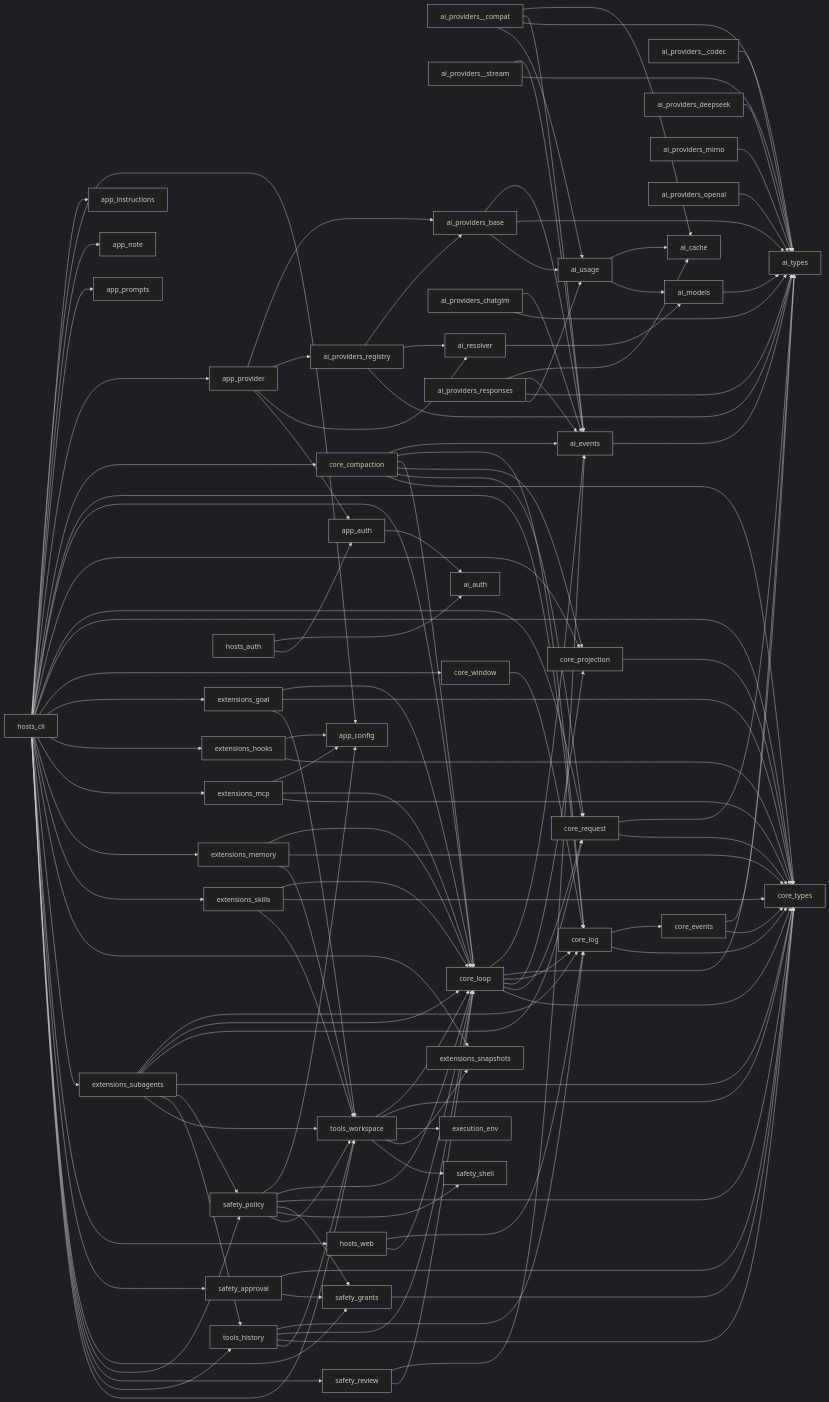
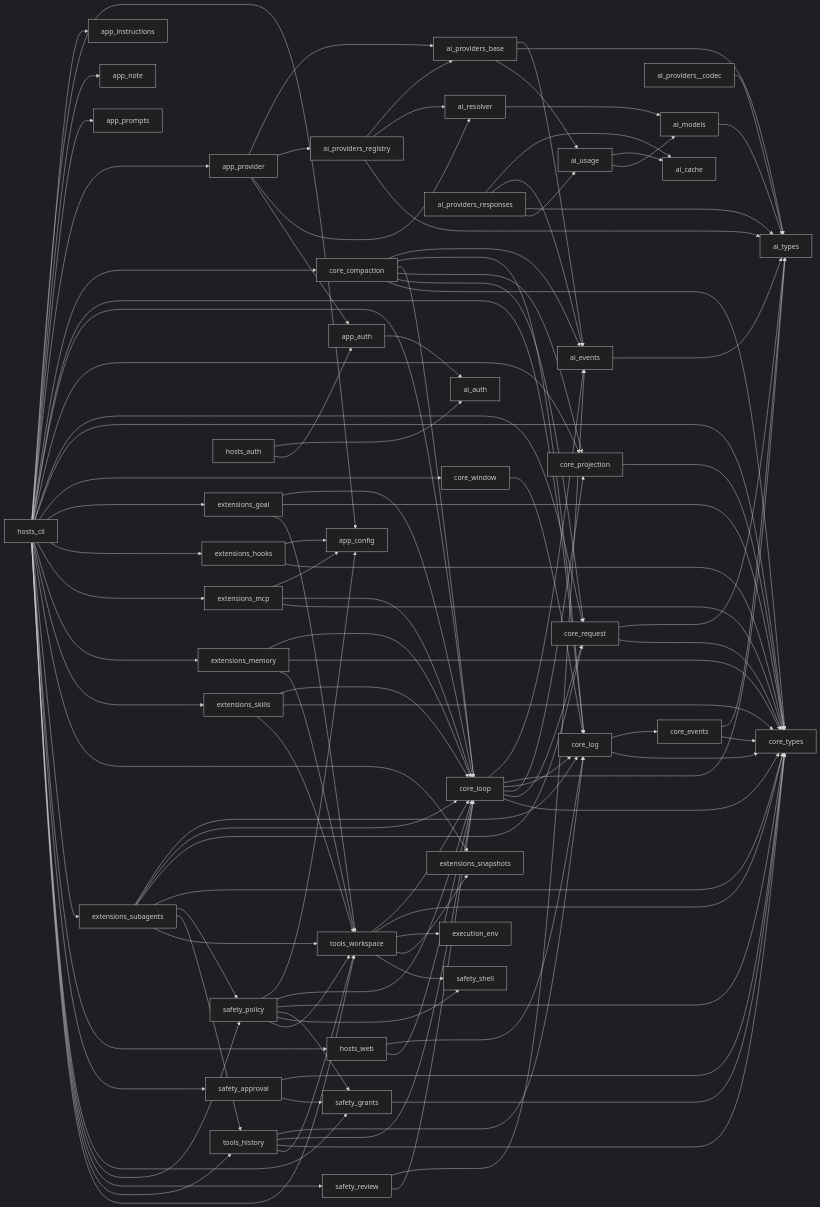
One commit to reddishJade/CadeMini changed the diagram in docs/design/module-graph.md. Above: the diagram before and after it, drawn with Mermaid (dark theme). The commit also changed 42 other files, not shown here.

```diff
--- a/docs/design/module-graph.md
+++ b/docs/design/module-graph.md
@@ -9,20 +9,9 @@
   ai_events --> ai_types
   ai_models --> ai_types
   ai_providers__codec --> ai_types
-  ai_providers__compat --> ai_cache
-  ai_providers__compat --> ai_events
-  ai_providers__compat --> ai_types
-  ai_providers__compat --> ai_usage
-  ai_providers__stream --> ai_events
-  ai_providers__stream --> ai_types
   ai_providers_base --> ai_events
   ai_providers_base --> ai_types
   ai_providers_base --> ai_usage
-  ai_providers_chatglm --> ai_events
-  ai_providers_chatglm --> ai_types
-  ai_providers_deepseek --> ai_types
-  ai_providers_mimo --> ai_types
-  ai_providers_openai --> ai_types
   ai_providers_registry --> ai_providers_base
   ai_providers_registry --> ai_resolver
   ai_providers_registry --> ai_types
```
